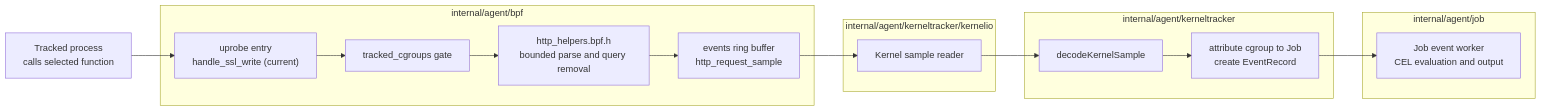
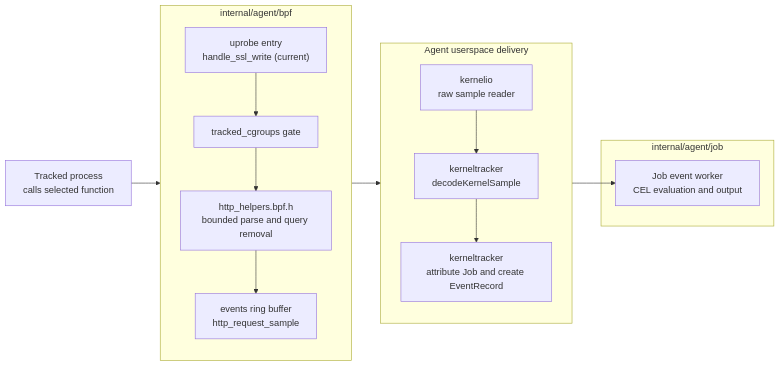
One commit to cicd-sensor/cicd-sensor changed the third of 4 diagrams in docs/developer-guide/ebpf/http-uprobes.md. Above: the diagram before and after it, drawn with Mermaid. The commit also changed other lines of this file and 2 other files, not shown here.

````diff
--- a/docs/developer-guide/ebpf/http-uprobes.md
+++ b/docs/developer-guide/ebpf/http-uprobes.md
@@ -91,26 +161,29 @@
 ```mermaid
 flowchart LR
     P["Tracked process<br/>calls selected function"]
 
     subgraph BPF["internal/agent/bpf"]
+        direction TB
         U["uprobe entry<br/>handle_ssl_write (current)"]
         G["tracked_cgroups gate"]
         H["http_helpers.bpf.h<br/>bounded parse and query removal"]
         R["events ring buffer<br/>http_request_sample"]
+        U --> G --> H --> R
     end
 
-    subgraph KIO["internal/agent/kerneltracker/kernelio"]
-        READ["Kernel sample reader"]
-    end
-
-    subgraph KT["internal/agent/kerneltracker"]
-        DECODE["decodeKernelSample"]
-        ATTR["attribute cgroup to Job<br/>create EventRecord"]
+    subgraph USERSPACE["Agent userspace delivery"]
+        direction TB
+        READ["kernelio<br/>raw sample reader"]
+        DECODE["kerneltracker<br/>decodeKernelSample"]
+        ATTR["kerneltracker<br/>attribute Job and create EventRecord"]
+        READ --> DECODE --> ATTR
     end
 
     subgraph JOB["internal/agent/job"]
         EVAL["Job event worker<br/>CEL evaluation and output"]
     end
 
-    P --> U --> G --> H --> R --> READ --> DECODE --> ATTR --> EVAL
+    P --> U
+    R --> READ
+    ATTR --> EVAL
 ```
````
